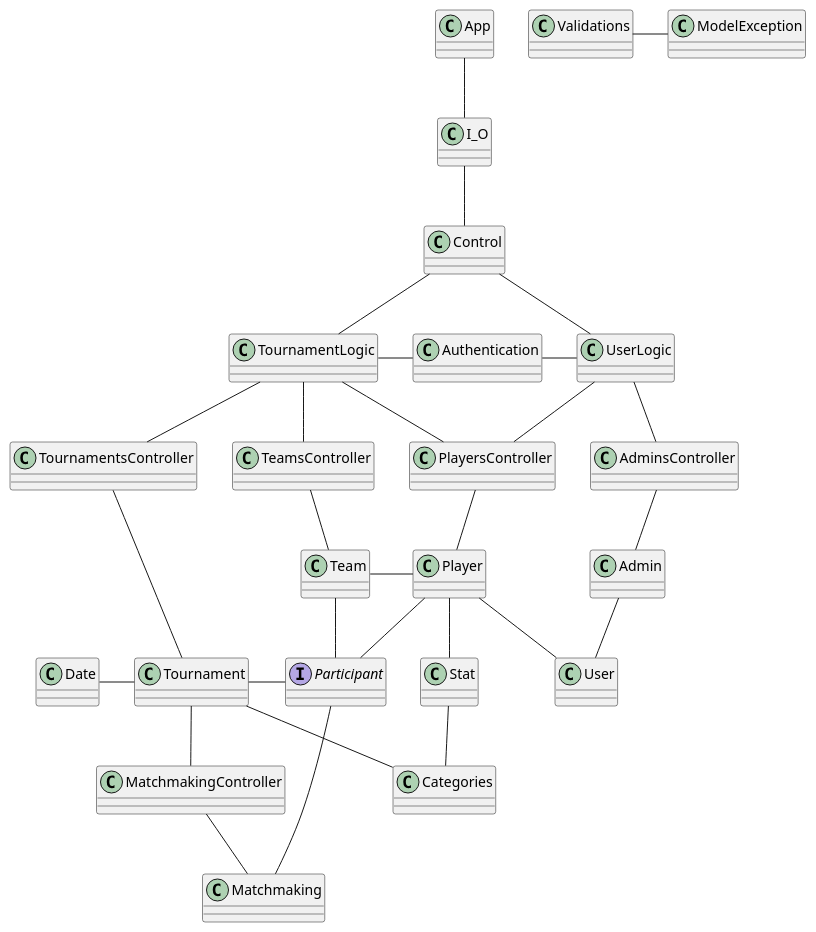
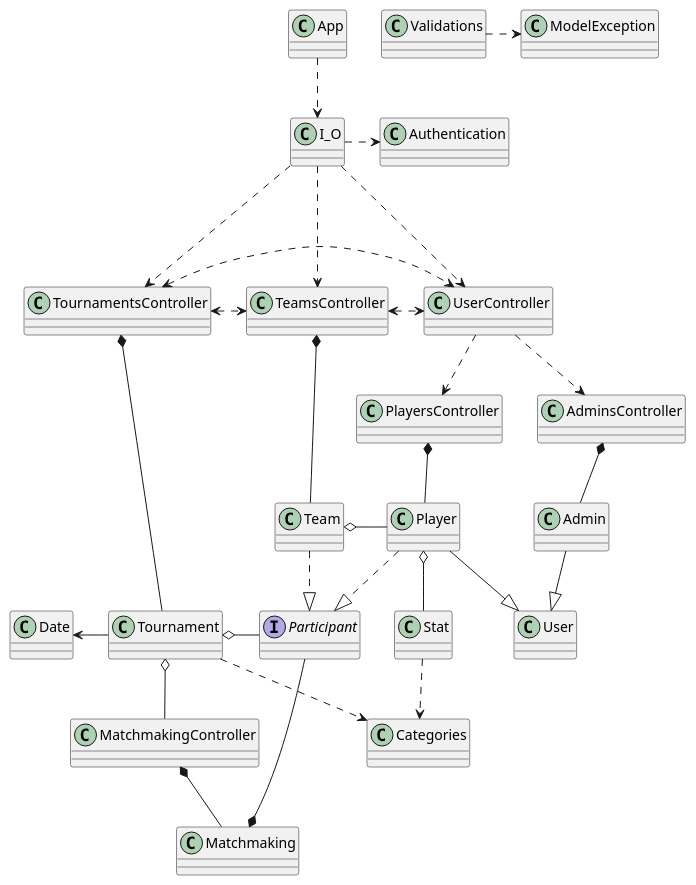
One commit to AlbertoArpa/POO2 changed the diagram in documents/uml.puml. Above: the diagram before and after it, drawn with PlantUML. The commit also changed 3 other files, not shown here.

```diff
--- a/documents/uml.puml
+++ b/documents/uml.puml
@@ -1,103 +1,96 @@
 @startuml
 
-App -- I_O
-I_O -- Control
-Control -- UserLogic
-Authentication - UserLogic
-Control -- TournamentLogic
-TournamentLogic - Authentication
-UserLogic -- PlayersController
-UserLogic -- AdminsController
-TournamentLogic -- TournamentsController
-TournamentLogic -- TeamsController
-TournamentLogic -- PlayersController
-TournamentsController -- Tournament
-Tournament -- MatchmakingController
-MatchmakingController -- Matchmaking
-AdminsController -- Admin
-PlayersController -- Player
-Player -- Stat
-Stat -- Categories
-TeamsController -- Team
-Team - Player
-Tournament - Participant
-Date - Tournament
-Tournament -- Categories
-Team -- Participant
-Player -- Participant
-Player -- User
-Admin -- User
-Participant --- Matchmaking
-Validations - ModelException
+App ..> I_O
+I_O ...> TournamentsController
+I_O ...> TeamsController
+I_O ...> UserController
+I_O .> Authentication
+TournamentsController <.> TeamsController
+TeamsController <.> UserController
+TournamentsController <.> UserController
+UserController ..> PlayersController
+UserController ..> AdminsController
+TournamentsController *-- Tournament
+Tournament o-- MatchmakingController
+MatchmakingController *-- Matchmaking
+AdminsController *-- Admin
+PlayersController *-- Player
+Player o-- Stat
+Stat ..> Categories
+TeamsController *-- Team
+Team o- Player
+Tournament o- Participant
+Date <- Tournament
+Tournament ..> Categories
+Team ..|> Participant
+Player ..|> Participant
+Player --|> User
+Admin --|> User
+Participant ---* Matchmaking
+Validations .> ModelException
 
 
 class App{
 }
 
 class User{
 }
 
 class Player{
 }
 
 class Admin{
 }
 
 class Categories{
 }
 
 class Stat{
 }
 
 class Team{
 }
 
 class Matchmaking{
 }
 
 class Tournament{
 }
 
 class AdminsController{
 }
 
 class PlayersController{
 }
 
 class Authentication{
 }
 
 class TournamentsController{
 }
 
 class TeamsController{
 }
 
 interface Participant{
 }
 
 class ModelException{
 }
 
-class Control{
-}
-
 class Date{
 }
 
 class I_O{
 }
 
 class MatchmakingController{
 }
 
 class Validations{
 }
 
-class UserLogic{
-}
-
-class TournamentLogic{
+class UserController{
 }
 
 @enduml
```
